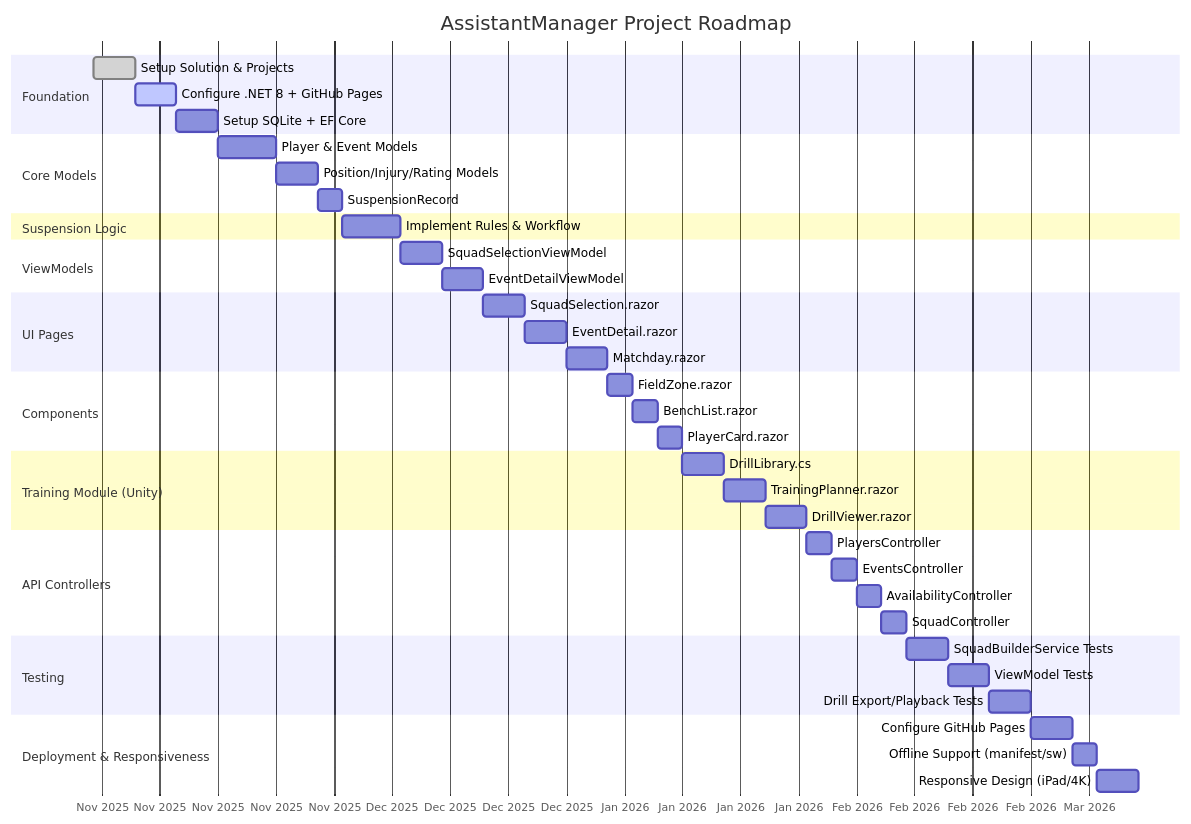
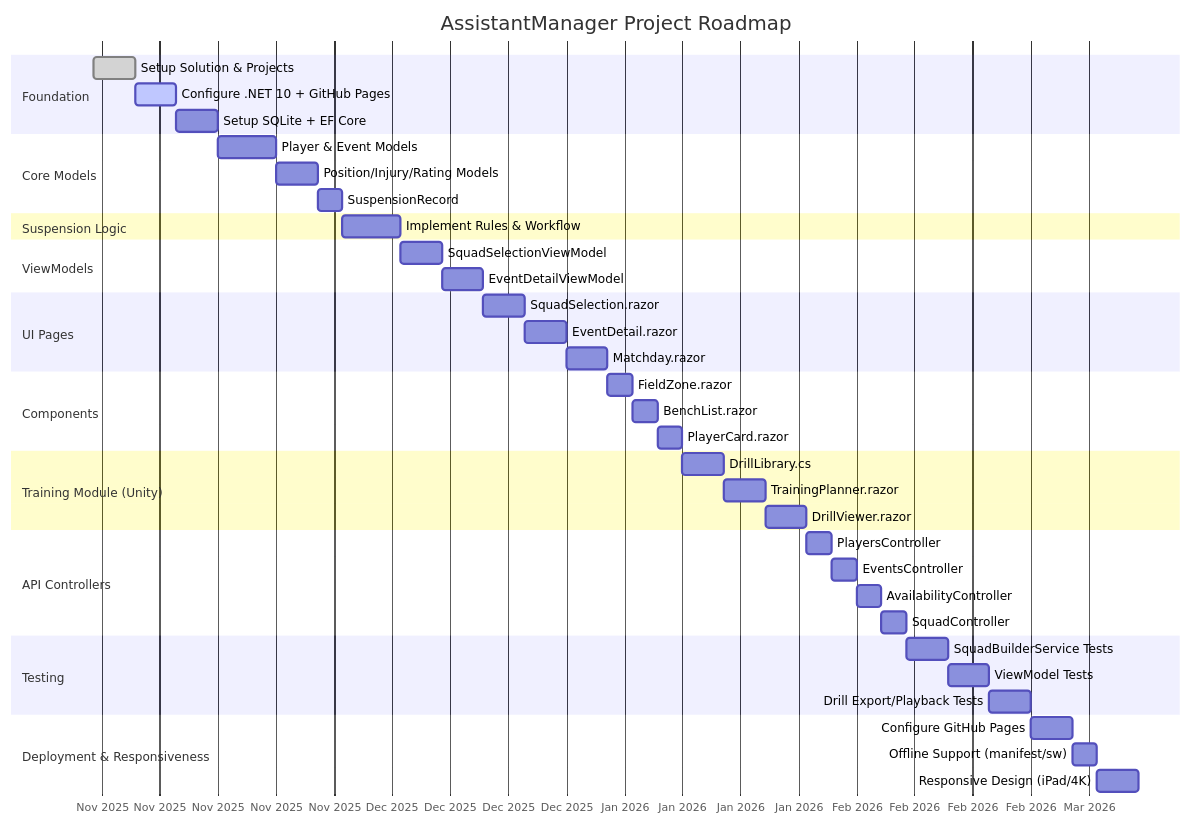
The fifth of 5 diagrams in Prompts/Project info.md (mike-hodgson/AssistantManager), drawn with Mermaid before and after one commit. The commit also changed other lines of this file, not shown here.

````diff
--- a/Prompts/Project info.md
+++ b/Prompts/Project info.md
@@ -177,54 +177,54 @@
 ```mermaid
 gantt
     title AssistantManager Project Roadmap
     dateFormat  YYYY-MM-DD
     axisFormat  %b %Y
 
     section Foundation
     Setup Solution & Projects        :done,    des1, 2025-11-01, 5d
-    Configure .NET 8 + GitHub Pages  :active,  des2, 2025-11-06, 5d
+    Configure .NET 10 + GitHub Pages :active,  des2, 2025-11-06, 5d
     Setup SQLite + EF Core           :         des3, 2025-11-11, 5d
 
     section Core Models
     Player & Event Models            :         des4, 2025-11-16, 7d
     Position/Injury/Rating Models    :         des5, 2025-11-23, 5d
     SuspensionRecord                 :         des6, 2025-11-28, 3d
 
     section Suspension Logic
     Implement Rules & Workflow       :         des7, 2025-12-01, 7d
 
     section ViewModels
     SquadSelectionViewModel          :         des8, 2025-12-08, 5d
     EventDetailViewModel             :         des9, 2025-12-13, 5d
 
     section UI Pages
     SquadSelection.razor             :         des10, 2025-12-18, 5d
     EventDetail.razor                :         des11, 2025-12-23, 5d
     Matchday.razor                   :         des12, 2025-12-28, 5d
 
     section Components
     FieldZone.razor                  :         des13, 2026-01-02, 3d
     BenchList.razor                  :         des14, 2026-01-05, 3d
     PlayerCard.razor                 :         des15, 2026-01-08, 3d
 
     section Training Module (Unity)
     DrillLibrary.cs                  :         des16, 2026-01-11, 5d
     TrainingPlanner.razor            :         des17, 2026-01-16, 5d
     DrillViewer.razor                :         des18, 2026-01-21, 5d
 
     section API Controllers
     PlayersController                :         des19, 2026-01-26, 3d
     EventsController                 :         des20, 2026-01-29, 3d
     AvailabilityController           :         des21, 2026-02-01, 3d
     SquadController                  :         des22, 2026-02-04, 3d
 
     section Testing
     SquadBuilderService Tests        :         des23, 2026-02-07, 5d
     ViewModel Tests                  :         des24, 2026-02-12, 5d
     Drill Export/Playback Tests      :         des25, 2026-02-17, 5d
 
     section Deployment & Responsiveness
     Configure GitHub Pages           :         des26, 2026-02-22, 5d
     Offline Support (manifest/sw)    :         des27, 2026-02-27, 3d
     Responsive Design (iPad/4K)      :         des28, 2026-03-02, 5d
 ```
````
